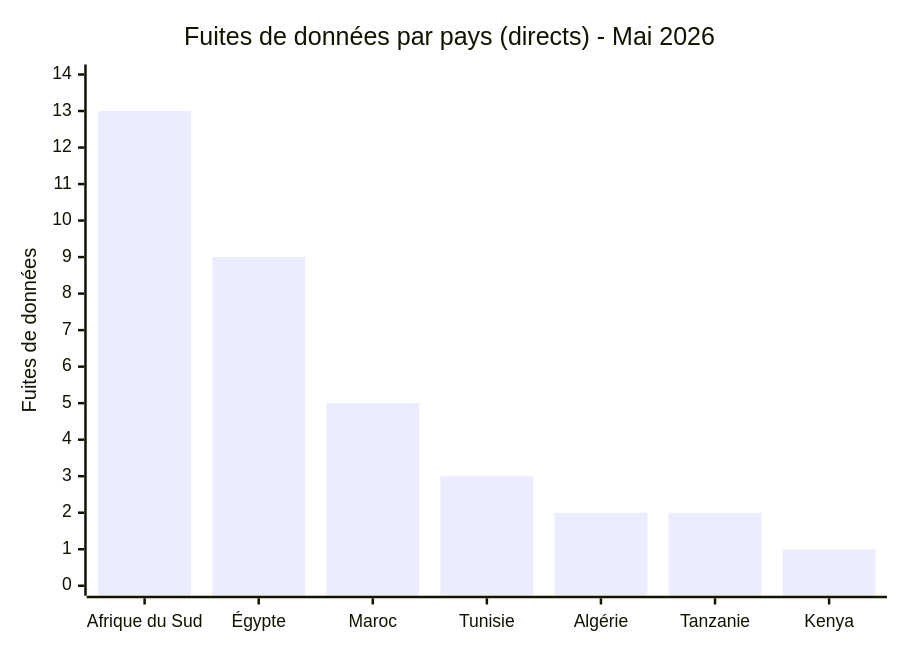
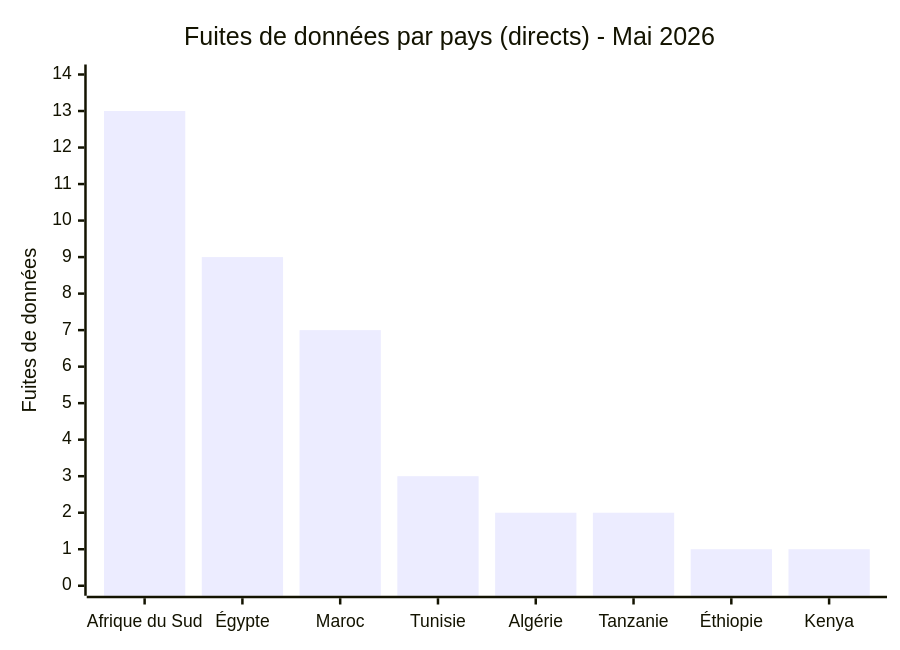
One commit to Hatchepsoute/AFRINTEL changed the fourth of 7 diagrams in statistics/2026/05-may/README_FR.md. Above: the diagram before and after it, drawn with Mermaid. The commit also changed other lines of this file and 28 other files, not shown here.

````diff
--- a/statistics/2026/05-may/README_FR.md
+++ b/statistics/2026/05-may/README_FR.md
@@ -153,7 +155,7 @@
 ```mermaid
 xychart-beta
     title "Fuites de données par pays (directs) - Mai 2026"
-    x-axis ["Afrique du Sud","Égypte","Maroc","Tunisie","Algérie","Tanzanie","Kenya"]
+    x-axis ["Afrique du Sud","Égypte","Maroc","Tunisie","Algérie","Tanzanie","Éthiopie","Kenya"]
     y-axis "Fuites de données" 0 --> 14
-    bar [13,9,5,3,2,2,1]
+    bar [13,9,7,3,2,2,1,1]
 ```
````
